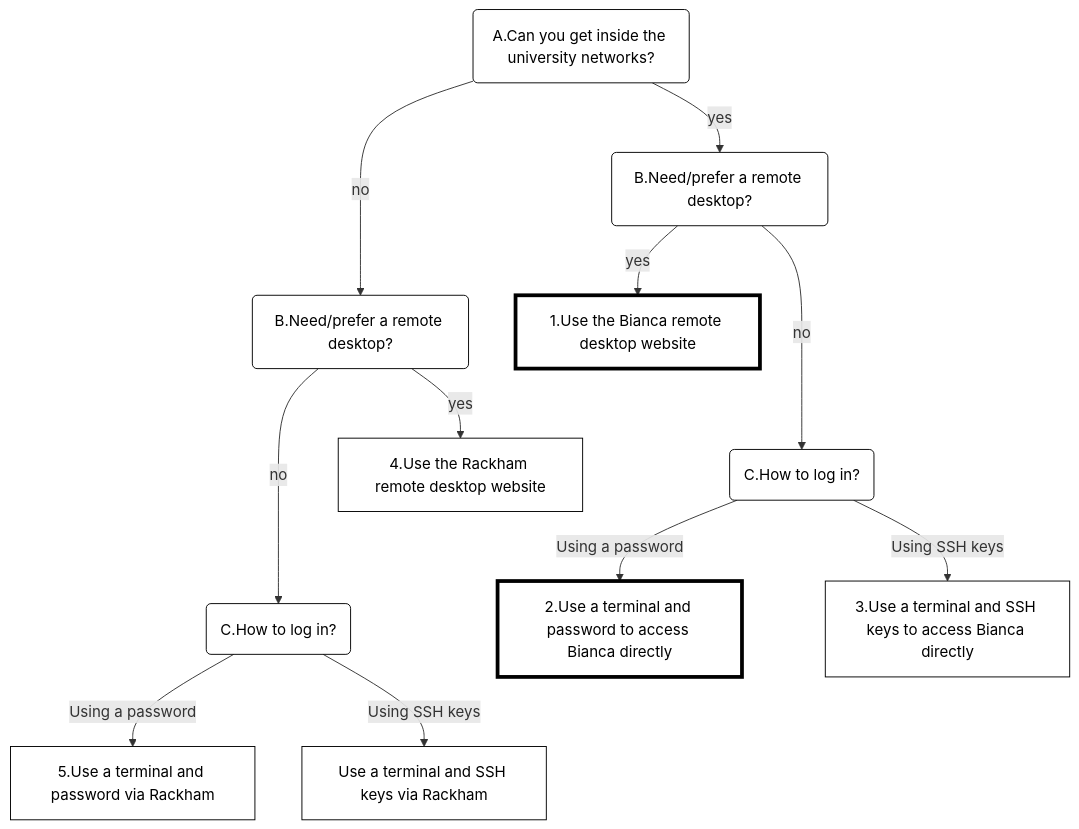
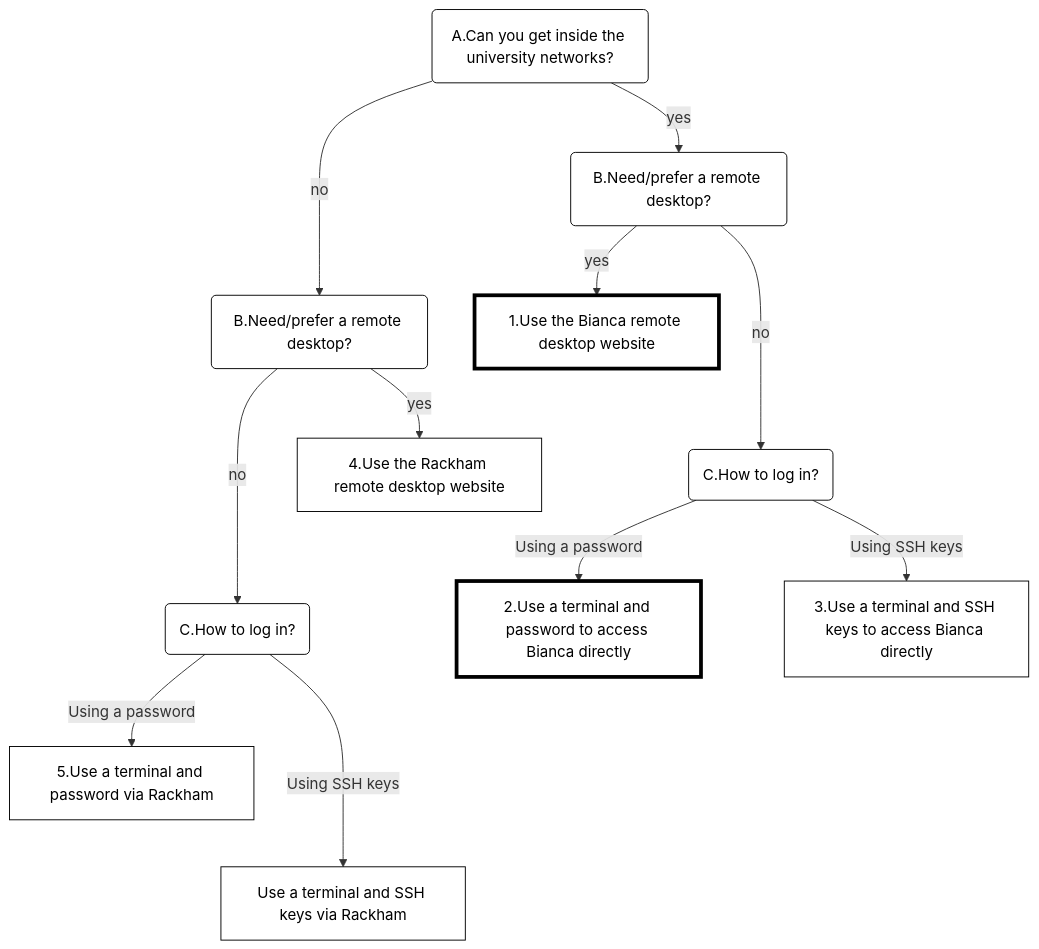
The diagram in docs/getting_started/login_bianca.md (UPPMAX/UPPMAX-documentation), drawn with Mermaid before and after one commit.

Commit message:
Stagger graph for better rendering

````diff
--- a/docs/getting_started/login_bianca.md
+++ b/docs/getting_started/login_bianca.md
@@ -28,39 +28,39 @@
 ```mermaid
 flowchart TD
 
   %% Give a white background to all nodes, instead of a transparent one
   classDef node fill:#fff,color:#000,stroke:#000
   %% Graph nodes for files and calculations
   classDef important_node stroke-width:4px
 
 
   in_sunet(A.Can you get inside the university networks?)
   need_remote_desktop(B.Need/prefer a remote desktop?)
   how_login(C.How to log in?)
   need_remote_desktop_no_sunet(B.Need/prefer a remote desktop?)
   how_login_no_sunet(C.How to log in?)
 
   use_website[1.Use the Bianca remote desktop website]:::important_node
   use_password[2.Use a terminal and password to access Bianca directly]:::important_node
   use_ssh_keys[3.Use a terminal and SSH keys to access Bianca directly]
   
   use_website_no_sunet[4.Use the Rackham remote desktop website]
   use_password_no_sunet[5.Use a terminal and password via Rackham]
   use_ssh_keys_no_sunet[Use a terminal and SSH keys via Rackham]
 
   in_sunet --> |yes| need_remote_desktop
 
   need_remote_desktop ---> |no| how_login
   need_remote_desktop --> |yes| use_website
 
   how_login --> |Using a password| use_password
   how_login --> |Using SSH keys| use_ssh_keys
 
   in_sunet ---> |no| need_remote_desktop_no_sunet
 
   need_remote_desktop_no_sunet ---> |no| how_login_no_sunet
   need_remote_desktop_no_sunet --> |yes| use_website_no_sunet
 
   how_login_no_sunet --> |Using a password| use_password_no_sunet
-  how_login_no_sunet --> |Using SSH keys| use_ssh_keys_no_sunet
+  how_login_no_sunet ---> |Using SSH keys| use_ssh_keys_no_sunet
 ```
````
